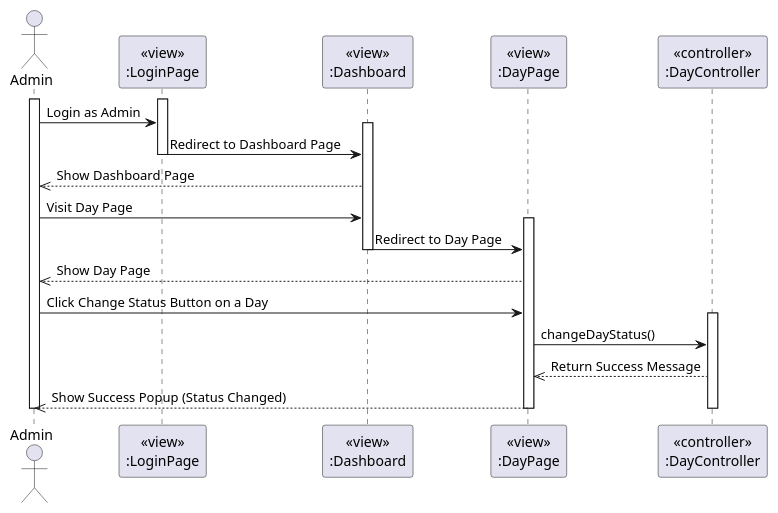
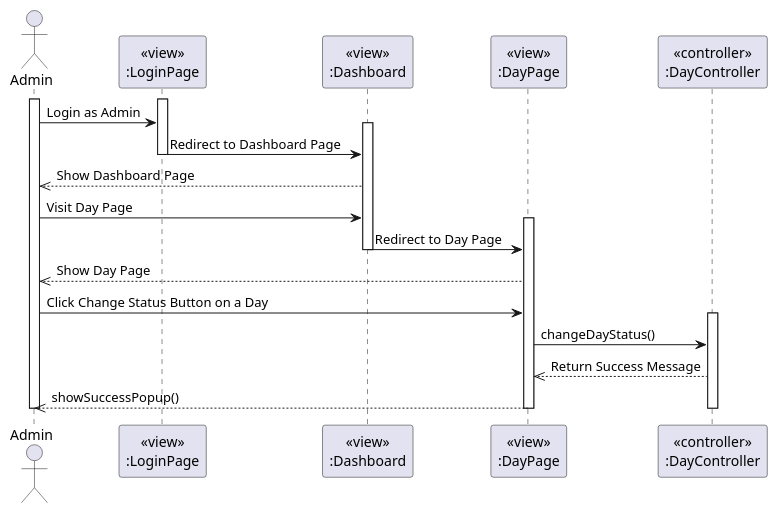
One commit to felixpherry/Lecturna-UML changed the diagram in 036. Change Day Status/Sequence Diagram.puml. Above: the diagram before and after it, drawn with PlantUML. The commit also changed 82 other files, not shown here.

Commit message:
Fix: Sequence Diagrams

```diff
--- a/036. Change Day Status/Sequence Diagram.puml
+++ b/036. Change Day Status/Sequence Diagram.puml
@@ -1,49 +1,49 @@
 @startuml ChangeDayStatus
 actor Admin
 participant LoginPageView [
   <<view>>
   :LoginPage
 ]
 
 participant DashboardView [
   <<view>>
   :Dashboard
 ]
 
 participant DayView [
   <<view>>
   :DayPage
 ]
 
 participant DayController [
   <<controller>>
   :DayController
 ]
 
 activate Admin
 activate LoginPageView
 Admin -> LoginPageView: Login as Admin
 activate DashboardView
 LoginPageView -> DashboardView: Redirect to Dashboard Page
 deactivate LoginPageView
 
 DashboardView -->> Admin: Show Dashboard Page
 
 Admin -> DashboardView: Visit Day Page
 activate DayView
 DashboardView -> DayView: Redirect to Day Page
 deactivate DashboardView
 
 DayView -->> Admin: Show Day Page
 
 Admin -> DayView: Click Change Status Button on a Day
 
 activate DayController
 DayView -> DayController: changeDayStatus()
 DayController -->> DayView: Return Success Message
-DayView -->> Admin: Show Success Popup (Status Changed)
+DayView -->> Admin: showSuccessPopup()
 deactivate DayController
 
 deactivate Admin
 deactivate DayView
 @enduml
```
